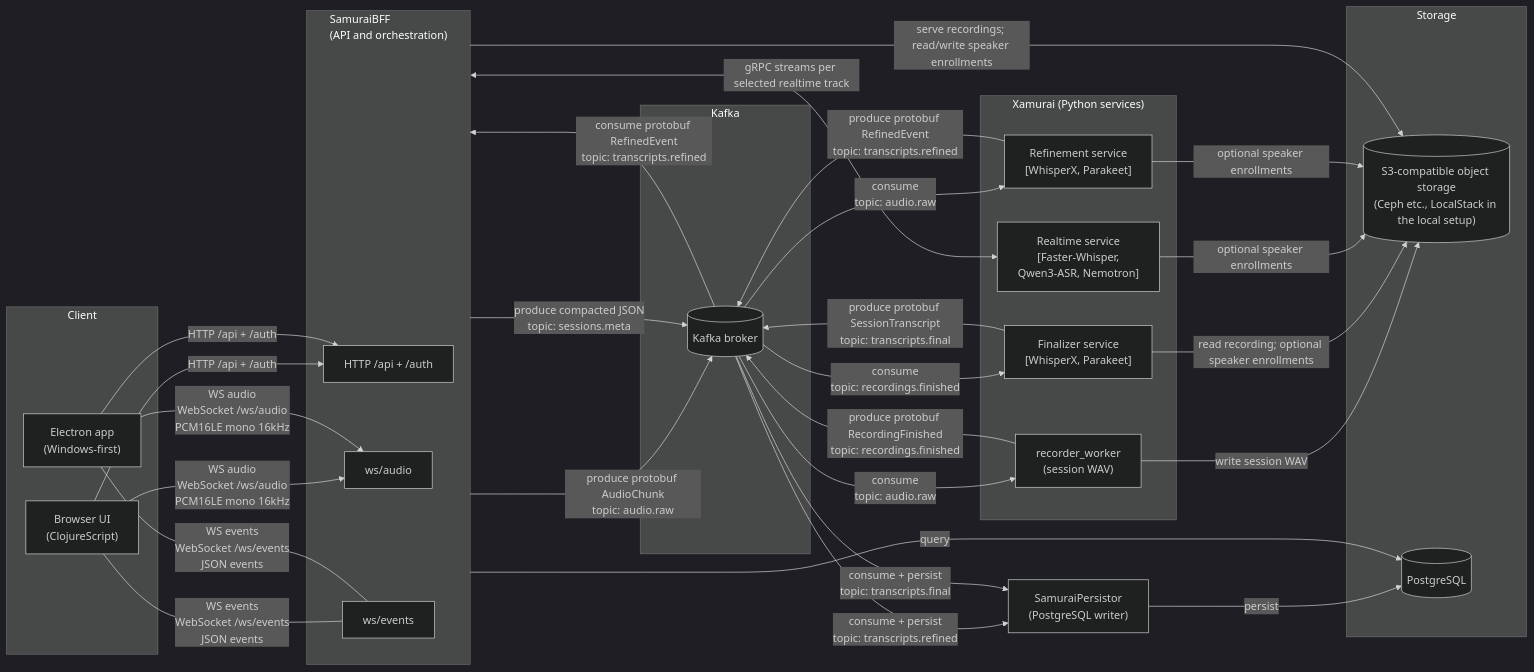
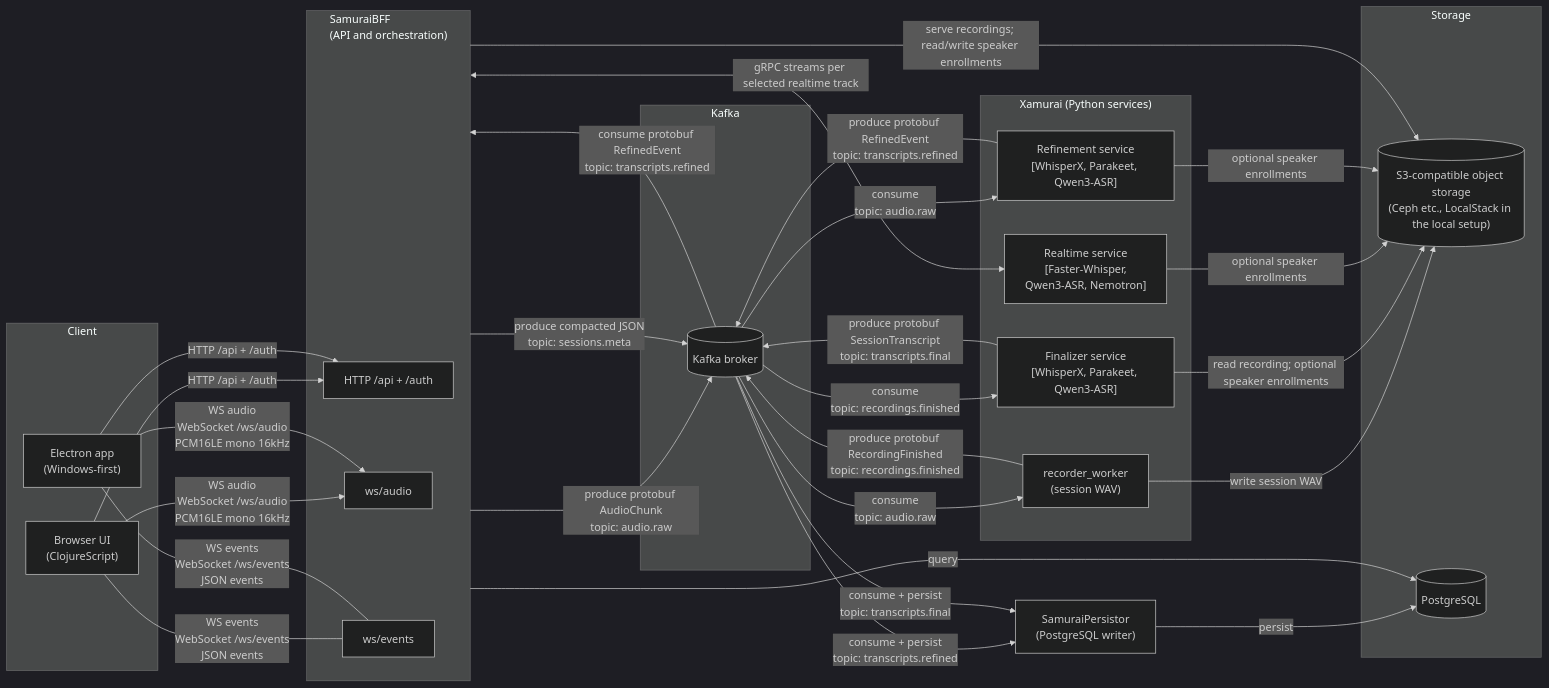
Before and after one commit to nanosamurai/nanosamurai: the first of 2 diagrams in README.md, drawn with Mermaid (dark theme). The commit also changed other lines of this file and 3 other files, not shown here.

````diff
--- a/README.md
+++ b/README.md
@@ -65,63 +67,63 @@
 ```mermaid
 flowchart LR
     subgraph Client
         Browser["Browser UI<br/>(ClojureScript)"]
         Electron["Electron app<br/>(Windows-first)"]
     end
 
     subgraph SamuraiBFF["SamuraiBFF<br/>(API and orchestration)"]
         HTTP[HTTP /api + /auth]
         WSAudio[ws/audio]
         WSEvents[ws/events]
     end
 
     subgraph Xamurai["Xamurai (Python services)"]
         RealtimeService["Realtime service<br/>[Faster-Whisper,<br/>Qwen3-ASR, Nemotron]"]
-        RefinementService["Refinement service<br/>[WhisperX, Parakeet]"]
+        RefinementService["Refinement service<br/>[WhisperX, Parakeet, Qwen3-ASR]"]
         RecorderWorker["recorder_worker<br/>(session WAV)"]
-        FinalizerService["Finalizer service<br/>[WhisperX, Parakeet]"]
+        FinalizerService["Finalizer service<br/>[WhisperX, Parakeet, Qwen3-ASR]"]
     end
 
     Browser -->|HTTP /api + /auth| HTTP
     Browser -->|"WS audio<br/>WebSocket /ws/audio<br/>PCM16LE mono 16kHz"| WSAudio
     Browser ---|"WS events<br/>WebSocket /ws/events<br/>JSON events"| WSEvents
 
     Electron -->|HTTP /api + /auth| HTTP
     Electron -->|"WS audio<br/>WebSocket /ws/audio<br/>PCM16LE mono 16kHz"| WSAudio
     Electron ---|"WS events<br/>WebSocket /ws/events<br/>JSON events"| WSEvents
 
     SamuraiBFF <-->|"gRPC streams per selected realtime track"| RealtimeService
 
     subgraph Kafka["Kafka"]
         KafkaBroker[(Kafka broker)]
     end
 
     subgraph Storage["Storage"]
         ObjectStore[("S3-compatible object storage<br/>(Ceph etc., LocalStack in the local setup)")]
         Postgres[(PostgreSQL)]
     end
 
     SamuraiBFF -->|"produce protobuf AudioChunk<br/>topic: audio.raw"| KafkaBroker
     SamuraiBFF -->|"produce compacted JSON<br/>topic: sessions.meta"| KafkaBroker
 
     KafkaBroker -->|"consume protobuf RefinedEvent<br/>topic: transcripts.refined"| SamuraiBFF
     KafkaBroker -->|"consume<br/>topic: audio.raw"| RefinementService
     RefinementService -->|"produce protobuf RefinedEvent<br/>topic: transcripts.refined"| KafkaBroker
 
     KafkaBroker -->|"consume<br/>topic: audio.raw"| RecorderWorker
     RecorderWorker -->|"produce protobuf RecordingFinished<br/>topic: recordings.finished"| KafkaBroker
 
     KafkaBroker -->|"consume<br/>topic: recordings.finished"| FinalizerService
     FinalizerService -->|"produce protobuf SessionTranscript<br/>topic: transcripts.final"| KafkaBroker
 
     RecorderWorker -->|"write session WAV"| ObjectStore
     FinalizerService -->|"read recording; optional speaker enrollments"| ObjectStore
     SamuraiBFF -->|"serve recordings; read/write speaker enrollments"| ObjectStore
     RealtimeService -->|"optional speaker enrollments"| ObjectStore
     RefinementService -->|"optional speaker enrollments"| ObjectStore
 
     KafkaBroker -->|"consume + persist<br/>topic: transcripts.refined"| Persistor["SamuraiPersistor<br/>(PostgreSQL writer)"]
     KafkaBroker -->|"consume + persist<br/>topic: transcripts.final"| Persistor
     Persistor -->|persist| Postgres
     SamuraiBFF -->|query| Postgres
 ```
````
